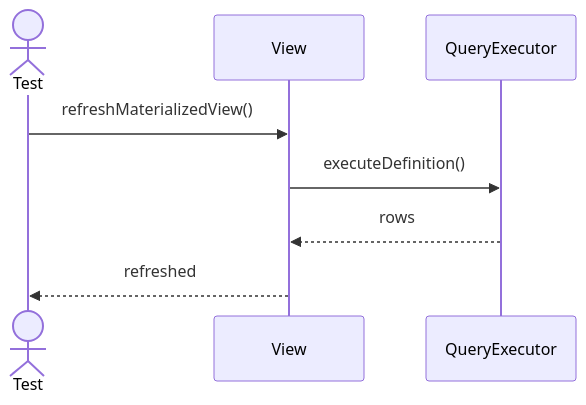
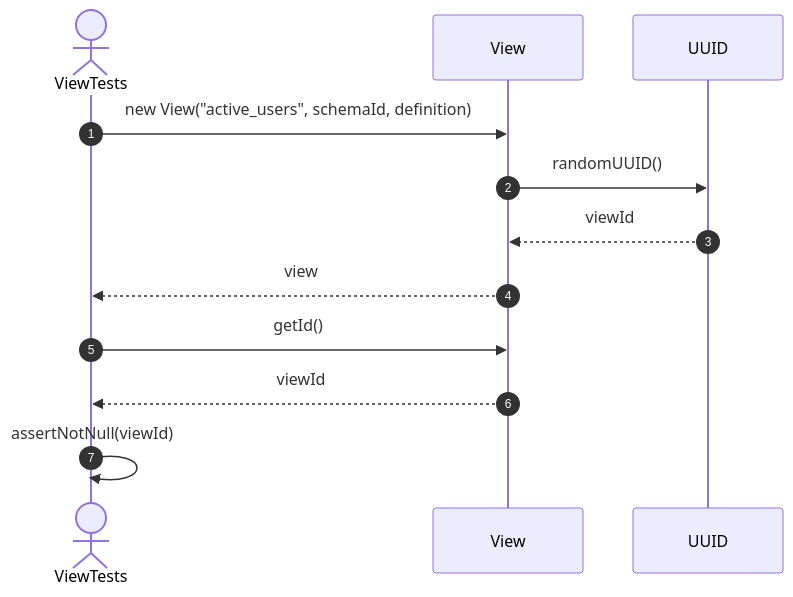
The second of 21 diagrams in src/tests/unit/metadata/sequences/view-testing.se.md (FhuAnn/-bbv-AN-s-DBMS), drawn with Mermaid before and after one commit. The commit also changed other lines of this file and 60 other files, not shown here.

````diff
--- a/src/tests/unit/metadata/sequences/view-testing.se.md
+++ b/src/tests/unit/metadata/sequences/view-testing.se.md
@@ -23,11 +27,16 @@
 ```mermaid
 sequenceDiagram
-actor Test
-participant View
-participant QueryExecutor
+    autonumber
+    actor Test as ViewTests
+    participant View as View
+    participant UUID as UUID
 
-Test->>View: refreshMaterializedView()
-View->>QueryExecutor: executeDefinition()
-QueryExecutor-->>View: rows
-View-->>Test: refreshed
+    Test->>View: new View("active_users", schemaId, definition)
+    View->>UUID: randomUUID()
+    UUID-->>View: viewId
+    View-->>Test: view
+
+    Test->>View: getId()
+    View-->>Test: viewId
+    Test->>Test: assertNotNull(viewId)
 ```
````
